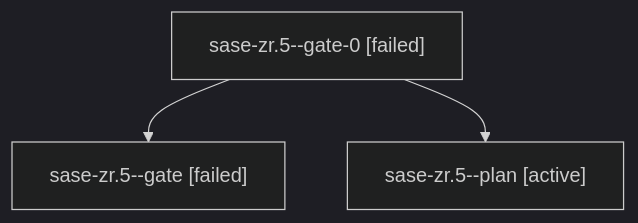
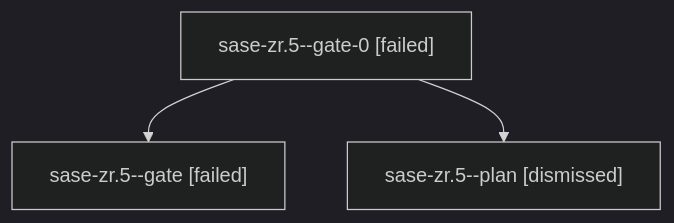
One commit to sase-org/sase--agents changed the diagram in sessions/bbugyi200.apollo.sase-zr.5.md. Above: the diagram before and after it, drawn with Mermaid (dark theme). The commit also changed other lines of this file and 190 other files, not shown here.

````diff
--- a/sessions/bbugyi200.apollo.sase-zr.5.md
+++ b/sessions/bbugyi200.apollo.sase-zr.5.md
@@ -9,8 +9,8 @@
 ```mermaid
 flowchart TD
   n0["sase-zr.5--gate-0 [failed]"]
   n1["sase-zr.5--gate [failed]"]
   n0 --> n1
-  n2["sase-zr.5--plan [active]"]
+  n2["sase-zr.5--plan [dismissed]"]
   n0 --> n2
 ```
````
